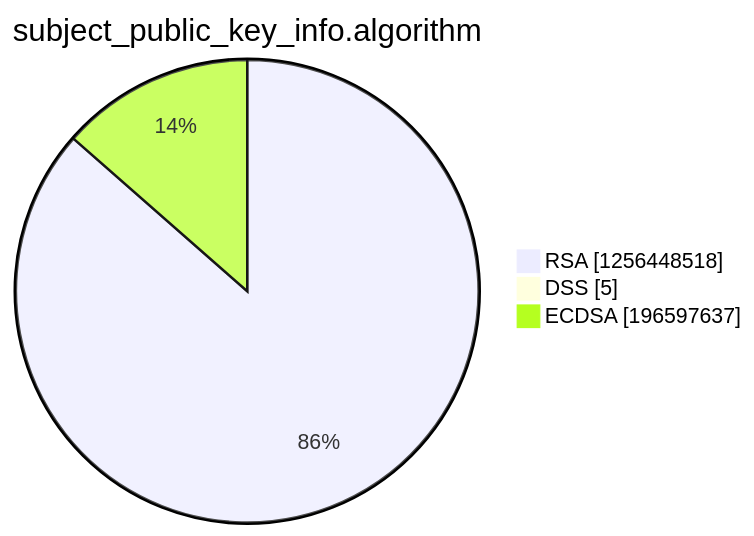
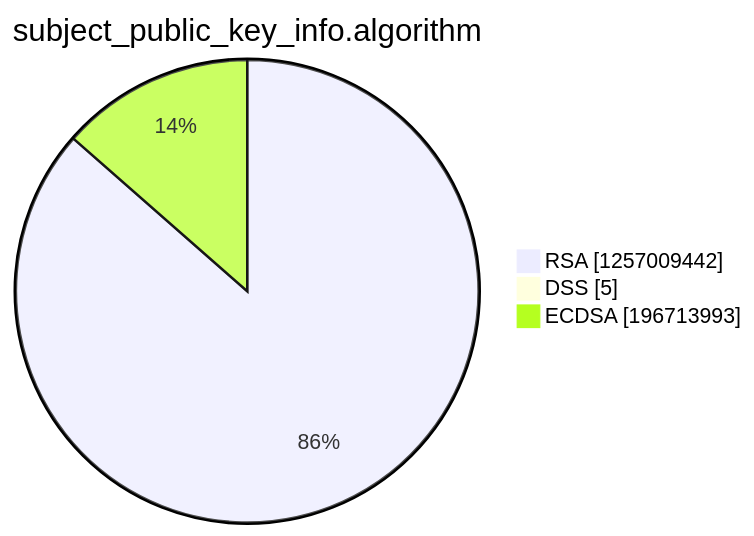
Before and after one commit to christiankrug/ctmonitor_visualization: the third of 15 diagrams in argon2022/README.md, drawn with Mermaid. The commit also changed other lines of this file, not shown here.

````diff
--- a/argon2022/README.md
+++ b/argon2022/README.md
@@ -14,7 +14,7 @@
 ```mermaid
 pie showData
 title subject_public_key_info.algorithm
-"RSA" :1256448518
+"RSA" :1257009442
 "DSS" :5
-"ECDSA" :196597637
+"ECDSA" :196713993
 ```
````
